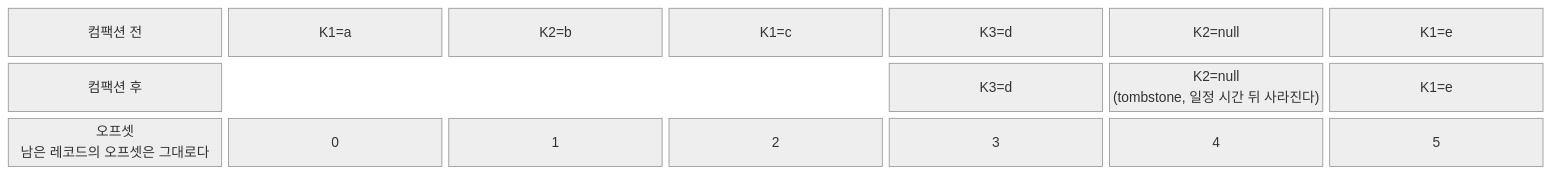
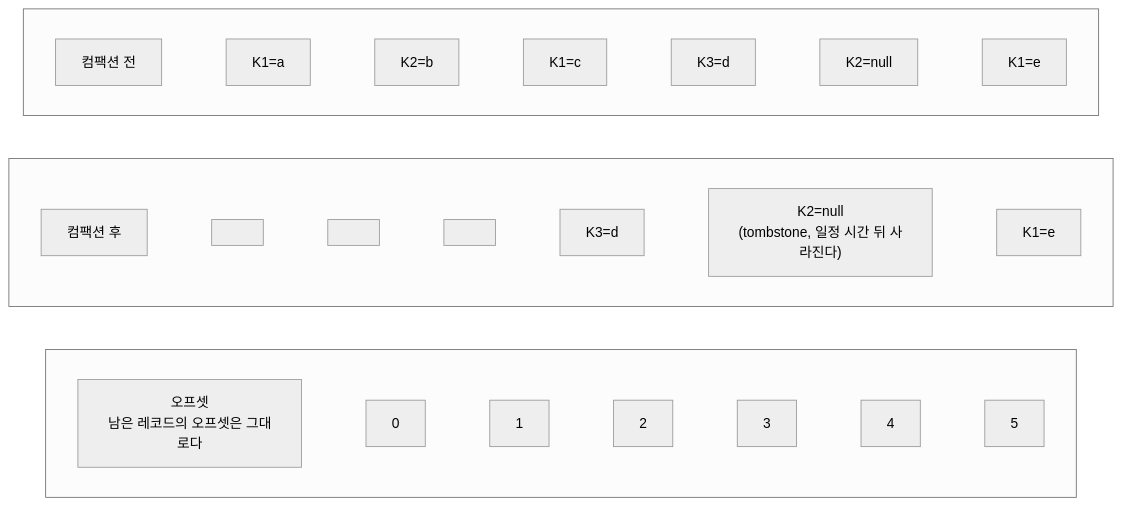
One commit to HerrineKim/riverlog changed the second of 4 diagrams in content/knowledge/Backend/Architecture/kafka-operations.md. Above: the diagram before and after it, drawn with Mermaid (neutral theme). The commit also changed 5 other files, not shown here.

First line of the commit message:
docs(knowledge): block-beta 다이어그램을 flowchart로 (일부)

````diff
--- a/content/knowledge/Backend/Architecture/kafka-operations.md
+++ b/content/knowledge/Backend/Architecture/kafka-operations.md
@@ -225,7 +225,16 @@
 ```mermaid
-block-beta
-  columns 7
-  r1["컴팩션 전"] a0["K1=a"] a1["K2=b"] a2["K1=c"] a3["K3=d"] a4["K2=null"] a5["K1=e"]
-  r2["컴팩션 후"] space space space b3["K3=d"] b4["K2=null<br>(tombstone, 일정 시간 뒤 사라진다)"] b5["K1=e"]
-  r3["오프셋<br>남은 레코드의 오프셋은 그대로다"] o0["0"] o1["1"] o2["2"] o3["3"] o4["4"] o5["5"]
+flowchart TB
+  subgraph row1[" "]
+    direction LR
+    r1["컴팩션 전"] ~~~ a0["K1=a"] ~~~ a1["K2=b"] ~~~ a2["K1=c"] ~~~ a3["K3=d"] ~~~ a4["K2=null"] ~~~ a5["K1=e"]
+  end
+  subgraph row2[" "]
+    direction LR
+    r2["컴팩션 후"] ~~~ s1[" "] ~~~ s2[" "] ~~~ s3[" "] ~~~ b3["K3=d"] ~~~ b4["K2=null<br/>(tombstone, 일정 시간 뒤 사라진다)"] ~~~ b5["K1=e"]
+  end
+  subgraph row3[" "]
+    direction LR
+    r3["오프셋<br/>남은 레코드의 오프셋은 그대로다"] ~~~ o0["0"] ~~~ o1["1"] ~~~ o2["2"] ~~~ o3["3"] ~~~ o4["4"] ~~~ o5["5"]
+  end
+  row1 ~~~ row2 ~~~ row3
 ```
````
